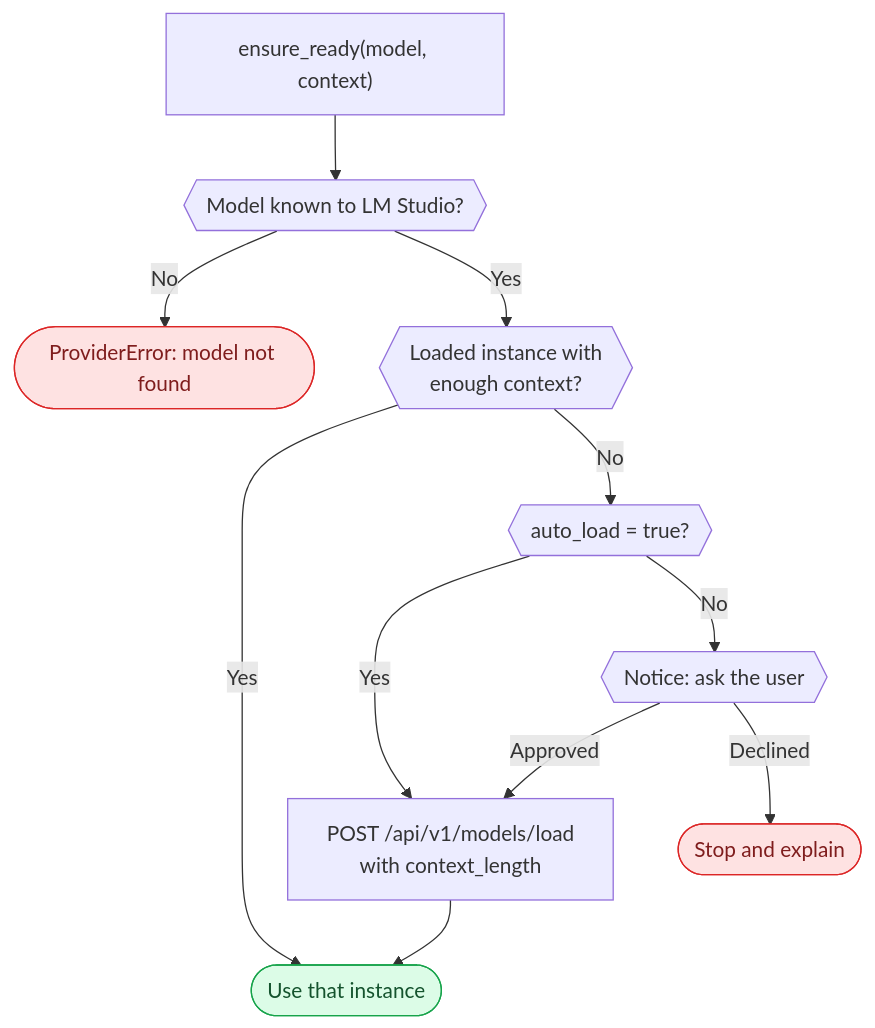
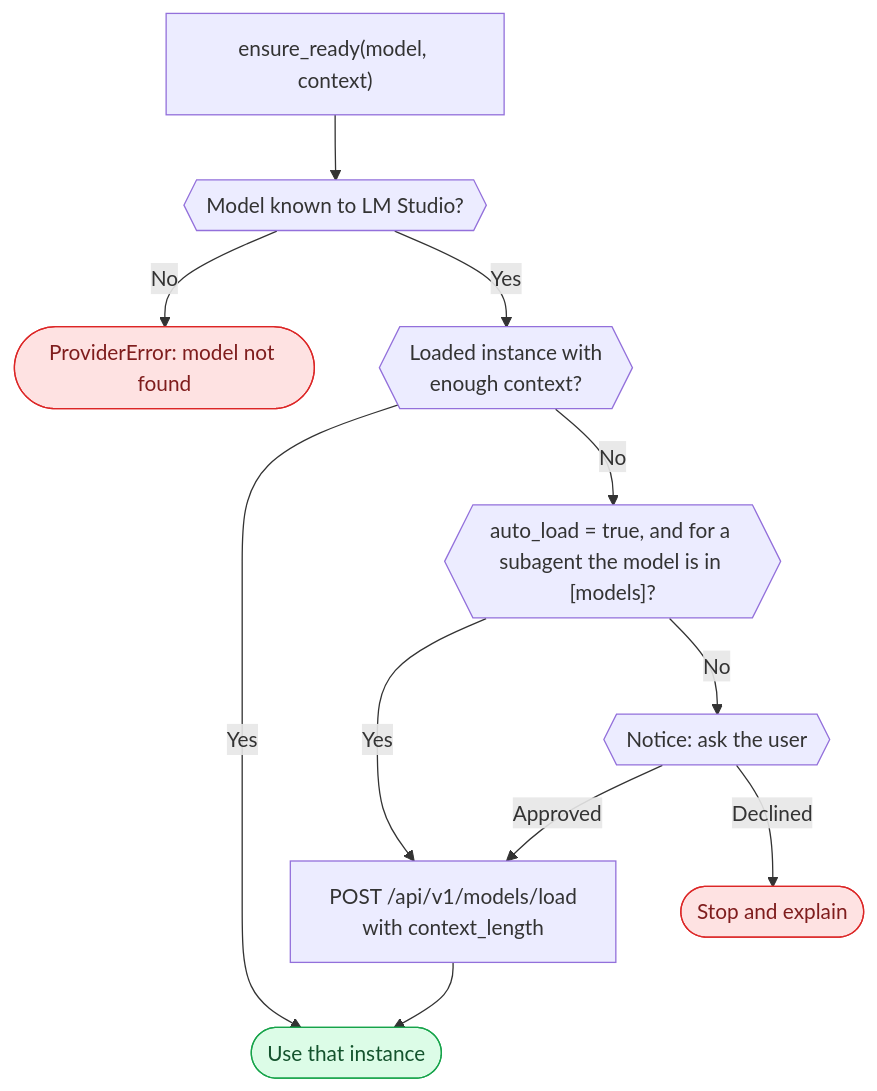
Before and after one commit to fzzinchemical/Praxis: the third of 12 diagrams in docs/SPEC.md, drawn with Mermaid. The commit also changed other lines of this file and 6 other files, not shown here.

First line of the commit message:
fix(agent): auto-load a subagent's model only when [models] lists it

````diff
--- a/docs/SPEC.md
+++ b/docs/SPEC.md
@@ -245,18 +245,18 @@
 ```mermaid
 flowchart TD
     start["ensure_ready(model, context)"] --> exists{{"Model known to LM Studio?"}}
     exists -->|"No"| missing(["ProviderError: model not found"])
     exists -->|"Yes"| loaded{{"Loaded instance with<br/>enough context?"}}
     loaded -->|"Yes"| ready(["Use that instance"])
-    loaded -->|"No"| auto{{"auto_load = true?"}}
+    loaded -->|"No"| auto{{"auto_load = true, and for a subagent the model is in [models]?"}}
     auto -->|"Yes"| load["POST /api/v1/models/load<br/>with context_length"]
     auto -->|"No"| ask{{"Notice: ask the user"}}
     ask -->|"Approved"| load
     ask -->|"Declined"| stop(["Stop and explain"])
     load --> ready
 
     classDef good fill:#dcfce7,stroke:#16a34a,color:#14532d
     classDef bad fill:#fee2e2,stroke:#dc2626,color:#7f1d1d
     class ready good
     class missing,stop bad
 ```
````
